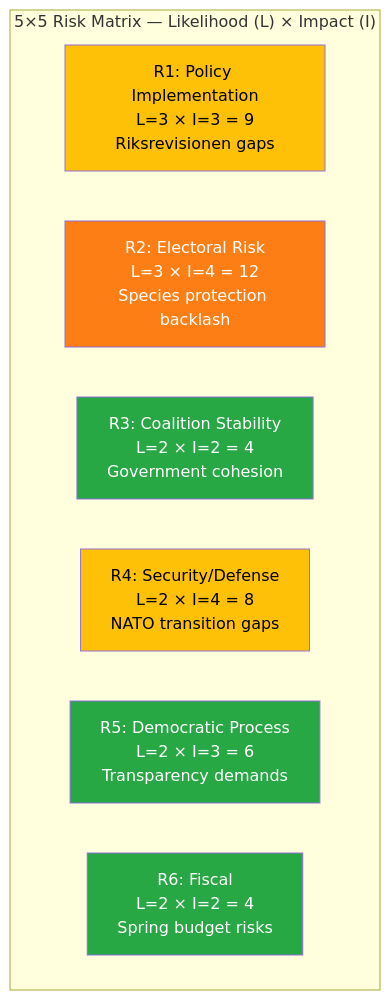
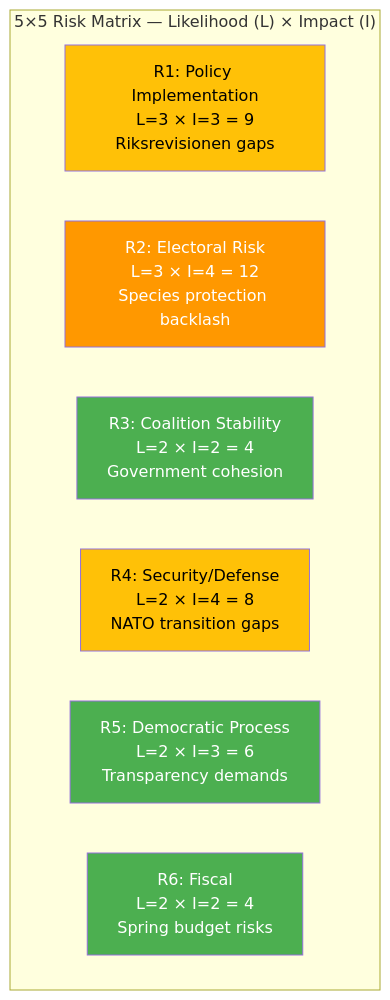
One commit to Hack23/riksdagsmonitor changed the diagram in analysis/daily/2026-04-08/evening-analysis-2/risk-assessment.md. Above: the diagram before and after it, drawn with Mermaid. The commit also changed 785 other files, not shown here.

First line of the commit message:
Normalize mermaid colors across 786 analysis artifacts to ISMS Style Guide palette

````diff
--- a/analysis/daily/2026-04-08/evening-analysis-2/risk-assessment.md
+++ b/analysis/daily/2026-04-08/evening-analysis-2/risk-assessment.md
@@ -14,18 +14,18 @@
 ```mermaid
 graph TD
     subgraph "5×5 Risk Matrix — Likelihood (L) × Impact (I)"
         R1["R1: Policy Implementation<br/>L=3 × I=3 = 9<br/>Riksrevisionen gaps"]
         R2["R2: Electoral Risk<br/>L=3 × I=4 = 12<br/>Species protection backlash"]
         R3["R3: Coalition Stability<br/>L=2 × I=2 = 4<br/>Government cohesion"]
         R4["R4: Security/Defense<br/>L=2 × I=4 = 8<br/>NATO transition gaps"]
         R5["R5: Democratic Process<br/>L=2 × I=3 = 6<br/>Transparency demands"]
         R6["R6: Fiscal<br/>L=2 × I=2 = 4<br/>Spring budget risks"]
     end
 
-    style R1 fill:#ffc107,color:#000
-    style R2 fill:#fd7e14,color:#fff
-    style R3 fill:#28a745,color:#fff
-    style R4 fill:#ffc107,color:#000
-    style R5 fill:#28a745,color:#fff
-    style R6 fill:#28a745,color:#fff
+    style R1 fill:#FFC107,color:#000000
+    style R2 fill:#FF9800,color:#FFFFFF
+    style R3 fill:#4CAF50,color:#FFFFFF
+    style R4 fill:#FFC107,color:#000000
+    style R5 fill:#4CAF50,color:#FFFFFF
+    style R6 fill:#4CAF50,color:#FFFFFF
 ```
````
